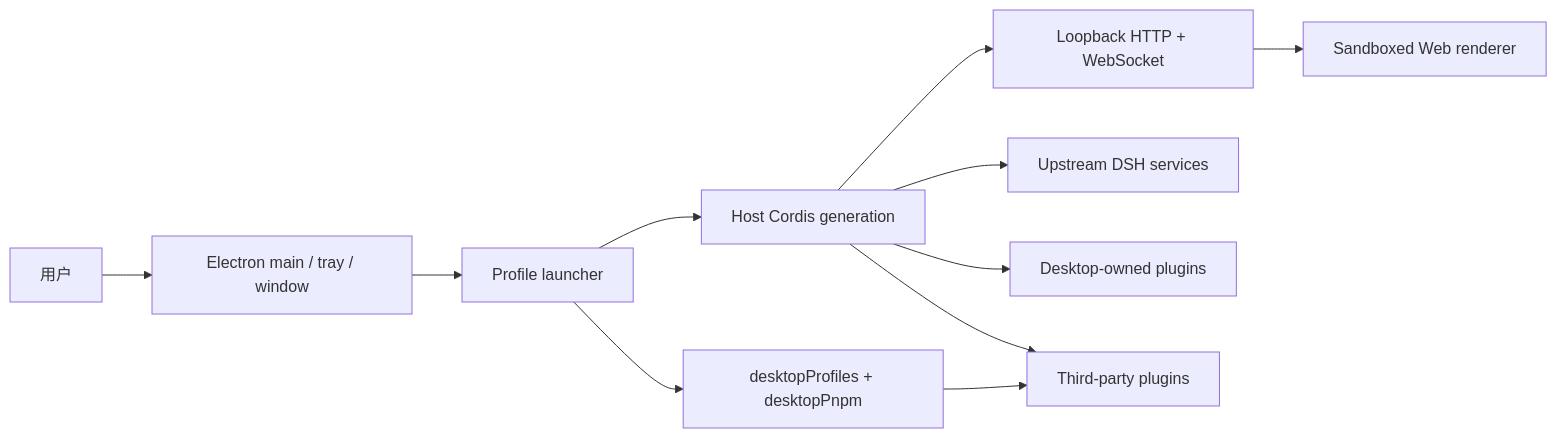
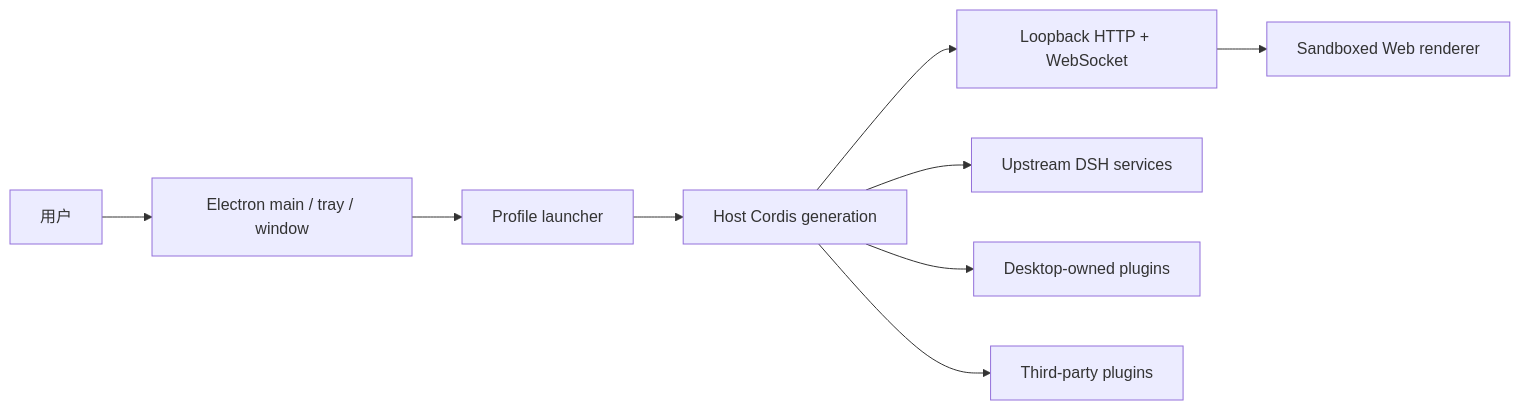
One commit to picoaide/picoaide-harness changed the diagram in docs/architecture.md. Above: the diagram before and after it, drawn with Mermaid. The commit also changed other lines of this file and 48 other files, not shown here.

````diff
--- a/docs/architecture.md
+++ b/docs/architecture.md
@@ -7,13 +7,11 @@
 ```mermaid
 flowchart LR
   User[用户] --> Native[Electron main / tray / window]
   Native --> Launcher[Profile launcher]
   Launcher --> Host[Host Cordis generation]
   Host --> Carrier[Loopback HTTP + WebSocket]
   Carrier --> Renderer[Sandboxed Web renderer]
   Host --> Upstream[Upstream DSH services]
   Host --> Desktop[Desktop-owned plugins]
   Host --> ThirdParty[Third-party plugins]
-  Launcher --> Services[desktopProfiles + desktopPnpm]
-  Services --> ThirdParty
 ```
````
